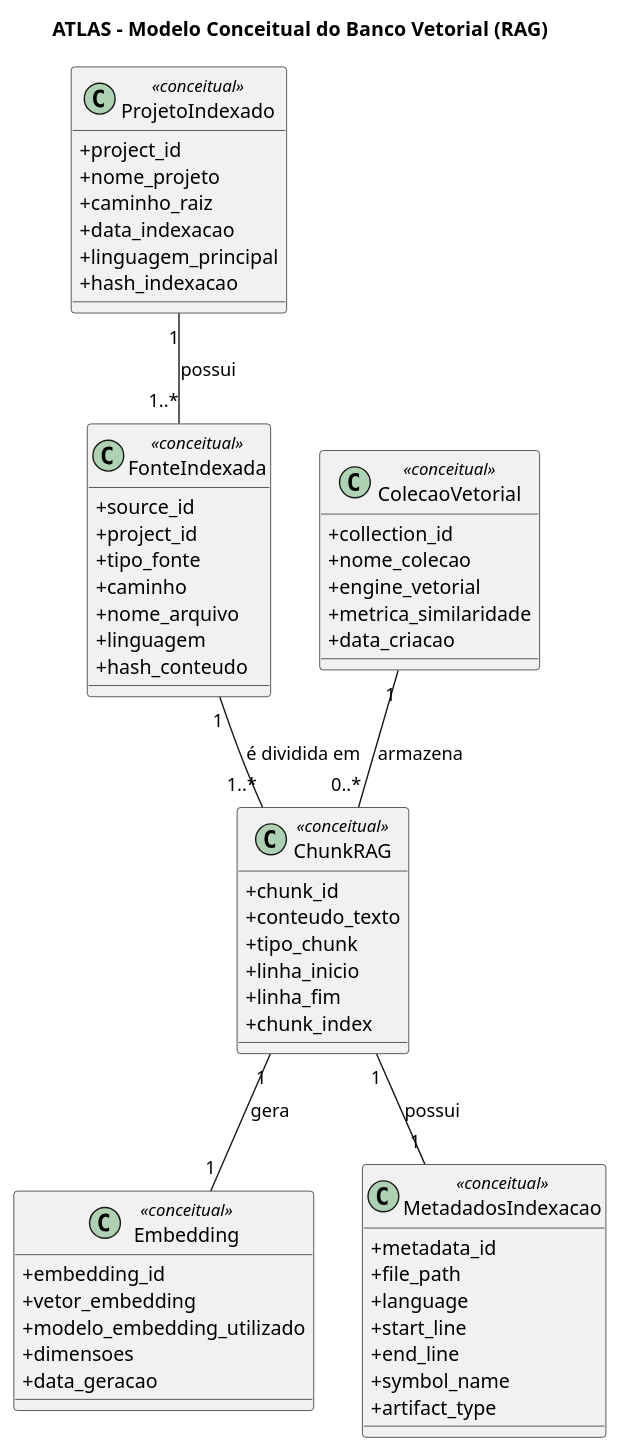
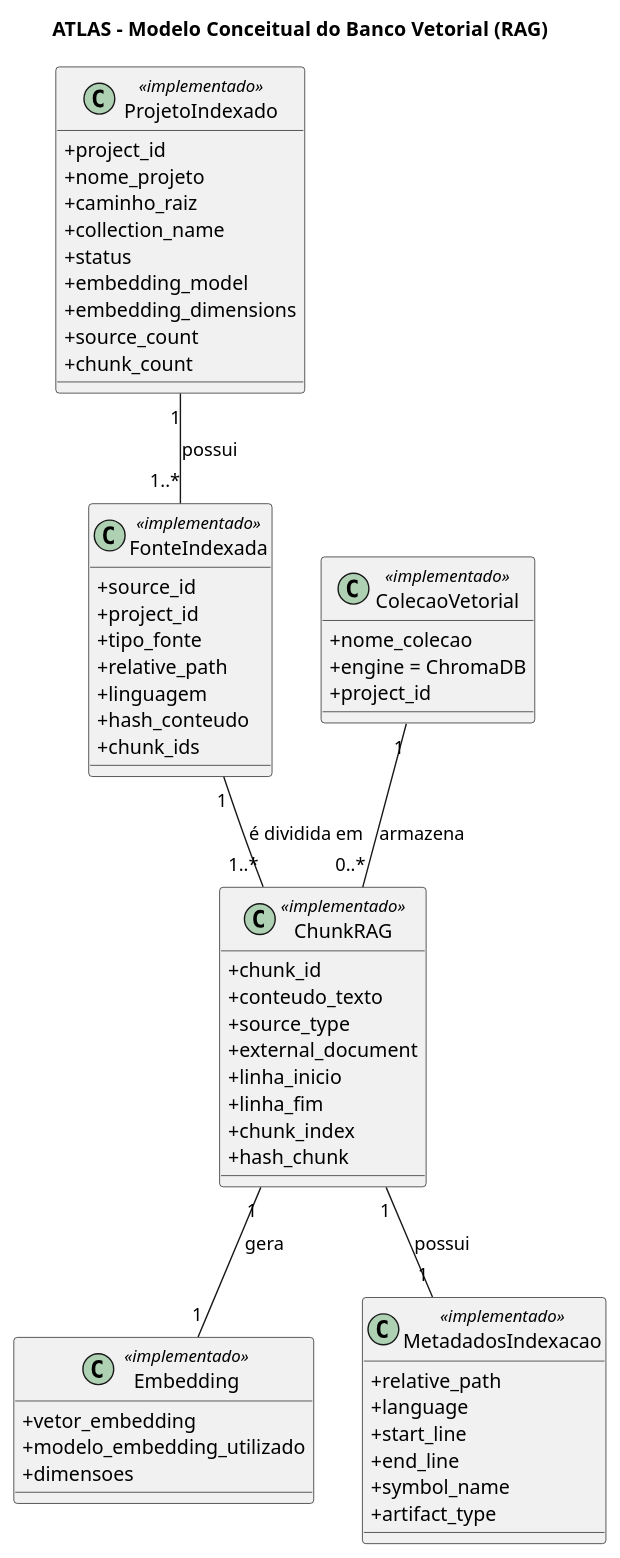
Before and after one commit to JVictorVI/ATLAS: the sixth of 7 diagrams in docs/plantuml-diagramas-gerais-atlas.md, drawn with PlantUML. The commit also changed other lines of this file and 22 other files, not shown here.

````diff
--- a/docs/plantuml-diagramas-gerais-atlas.md
+++ b/docs/plantuml-diagramas-gerais-atlas.md
@@ -674,68 +743,68 @@
 ```plantuml
 @startuml
 skinparam shadowing false
 skinparam classAttributeIconSize 0
 skinparam packageStyle rectangle
 title ATLAS - Modelo Conceitual do Banco Vetorial (RAG)
 
-class ProjetoIndexado <<conceitual>> {
+class ProjetoIndexado <<implementado>> {
   +project_id
   +nome_projeto
   +caminho_raiz
-  +data_indexacao
-  +linguagem_principal
-  +hash_indexacao
+  +collection_name
+  +status
+  +embedding_model
+  +embedding_dimensions
+  +source_count
+  +chunk_count
 }
 
-class FonteIndexada <<conceitual>> {
+class FonteIndexada <<implementado>> {
   +source_id
   +project_id
   +tipo_fonte
-  +caminho
-  +nome_arquivo
+  +relative_path
   +linguagem
   +hash_conteudo
+  +chunk_ids
 }
 
-class ChunkRAG <<conceitual>> {
+class ChunkRAG <<implementado>> {
   +chunk_id
   +conteudo_texto
-  +tipo_chunk
+  +source_type
+  +external_document
   +linha_inicio
   +linha_fim
   +chunk_index
+  +hash_chunk
 }
 
-class Embedding <<conceitual>> {
-  +embedding_id
+class Embedding <<implementado>> {
   +vetor_embedding
   +modelo_embedding_utilizado
   +dimensoes
-  +data_geracao
 }
 
-class MetadadosIndexacao <<conceitual>> {
-  +metadata_id
-  +file_path
+class MetadadosIndexacao <<implementado>> {
+  +relative_path
   +language
   +start_line
   +end_line
   +symbol_name
   +artifact_type
 }
 
-class ColecaoVetorial <<conceitual>> {
-  +collection_id
+class ColecaoVetorial <<implementado>> {
   +nome_colecao
-  +engine_vetorial
-  +metrica_similaridade
-  +data_criacao
+  +engine = ChromaDB
+  +project_id
 }
 
 ProjetoIndexado "1" -- "1..*" FonteIndexada : possui
 FonteIndexada "1" -- "1..*" ChunkRAG : é dividida em
 ChunkRAG "1" -- "1" Embedding : gera
 ChunkRAG "1" -- "1" MetadadosIndexacao : possui
 ColecaoVetorial "1" -- "0..*" ChunkRAG : armazena
 @enduml
 ```
````
